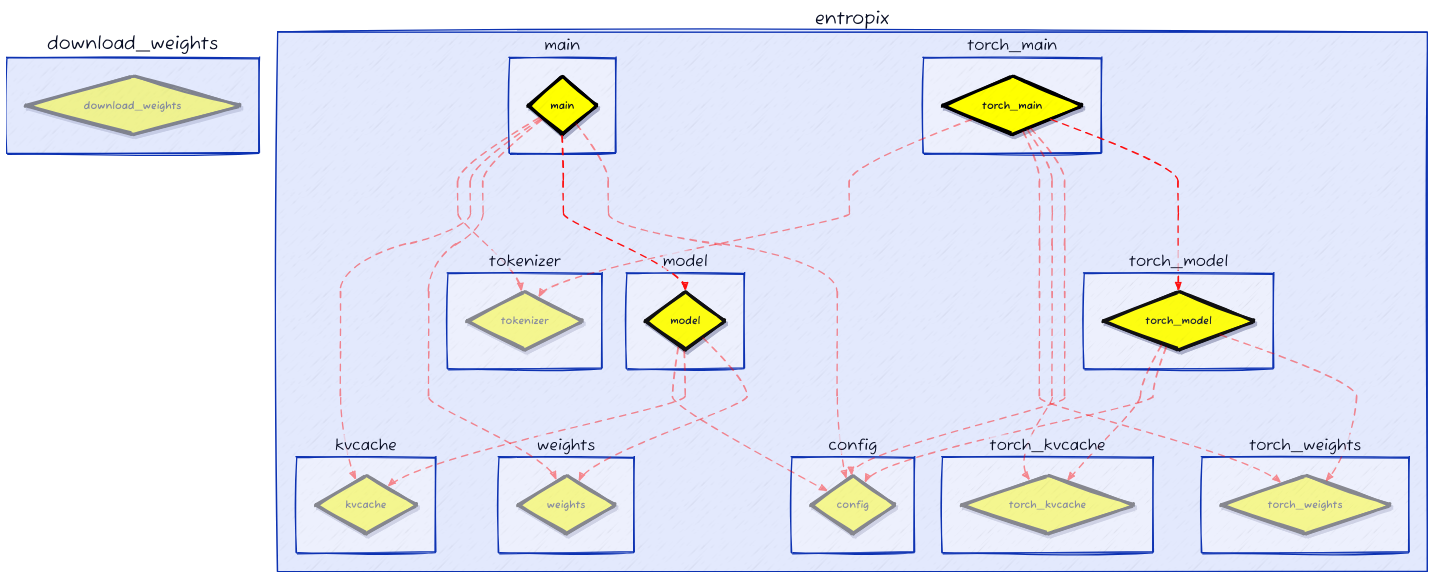
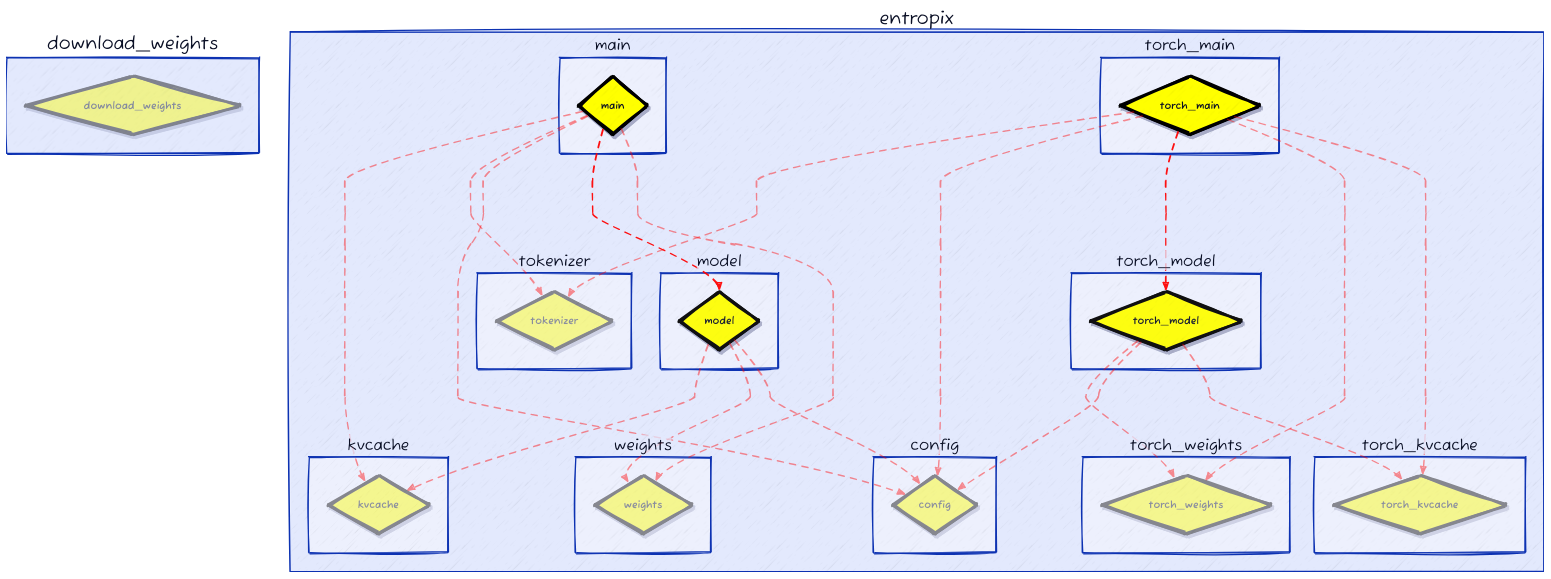
One commit to fangyuan-ksgk/heuristic-search changed the diagram in eoh/d2_output/commit_6_progress_0.78.d2. Above: the diagram before and after it, drawn with D2. The commit also changed other lines of this file and 204 other files, not shown here.

```diff
--- a/eoh/d2_output/commit_6_progress_0.78.d2
+++ b/eoh/d2_output/commit_6_progress_0.78.d2
@@ -145,20 +145,6 @@
     shadow: true
   }
 }
-entropix.main.main -> entropix.tokenizer.tokenizer: {
-  style.stroke: red
-  style.opacity: 0.43
-  style.stroke-width: 2
-  style.stroke-dash: 5
-  style.animated: true
-}
-entropix.main.main -> entropix.kvcache.kvcache: {
-  style.stroke: red
-  style.opacity: 0.43
-  style.stroke-width: 2
-  style.stroke-dash: 5
-  style.animated: true
-}
 entropix.main.main -> entropix.weights.weights: {
   style.stroke: red
   style.opacity: 0.43
@@ -180,7 +166,28 @@
   style.stroke-dash: 5
   style.animated: true
 }
+entropix.main.main -> entropix.tokenizer.tokenizer: {
+  style.stroke: red
+  style.opacity: 0.43
+  style.stroke-width: 2
+  style.stroke-dash: 5
+  style.animated: true
+}
+entropix.main.main -> entropix.kvcache.kvcache: {
+  style.stroke: red
+  style.opacity: 0.43
+  style.stroke-width: 2
+  style.stroke-dash: 5
+  style.animated: true
+}
 entropix.model.model -> entropix.config.config: {
+  style.stroke: red
+  style.opacity: 0.43
+  style.stroke-width: 2
+  style.stroke-dash: 5
+  style.animated: true
+}
+entropix.model.model -> entropix.weights.weights: {
   style.stroke: red
   style.opacity: 0.43
   style.stroke-width: 2
@@ -194,14 +201,7 @@
   style.stroke-dash: 5
   style.animated: true
 }
-entropix.model.model -> entropix.weights.weights: {
-  style.stroke: red
-  style.opacity: 0.43
-  style.stroke-width: 2
-  style.stroke-dash: 5
-  style.animated: true
-}
-entropix.torch_main.torch_main -> entropix.tokenizer.tokenizer: {
+entropix.torch_main.torch_main -> entropix.torch_kvcache.torch_kvcache: {
   style.stroke: red
   style.opacity: 0.43
   style.stroke-width: 2
@@ -215,9 +215,9 @@
   style.stroke-dash: 5
   style.animated: true
 }
-entropix.torch_main.torch_main -> entropix.torch_kvcache.torch_kvcache: {
+entropix.torch_main.torch_main -> entropix.torch_model.torch_model: {
   style.stroke: red
-  style.opacity: 0.43
+  style.opacity: 0.93
   style.stroke-width: 2
   style.stroke-dash: 5
   style.animated: true
@@ -229,9 +229,9 @@
   style.stroke-dash: 5
   style.animated: true
 }
-entropix.torch_main.torch_main -> entropix.torch_model.torch_model: {
+entropix.torch_main.torch_main -> entropix.tokenizer.tokenizer: {
   style.stroke: red
-  style.opacity: 0.93
+  style.opacity: 0.43
   style.stroke-width: 2
   style.stroke-dash: 5
   style.animated: true
```
